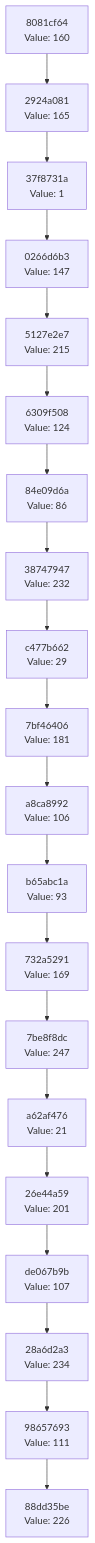
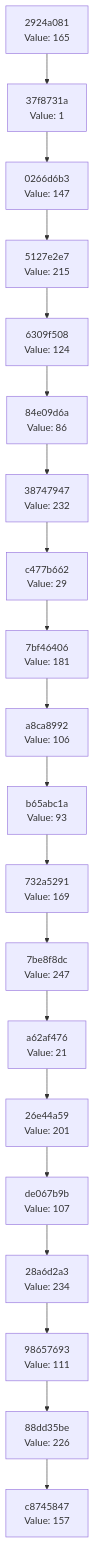
The diagram in docs/CHAIN_VISUALIZATION.md (Abhisheksinha1506/hash-chain-evolver), drawn with Mermaid before and after one commit. The commit also changed 2 other files, not shown here.

Commit message:
Evolution Step

````diff
--- a/docs/CHAIN_VISUALIZATION.md
+++ b/docs/CHAIN_VISUALIZATION.md
@@ -3,42 +3,42 @@
 ```mermaid
 graph TD
-    C0["88dd35be<br/>Value: 226"]
-    C1["98657693<br/>Value: 111"]
+    C0["c8745847<br/>Value: 157"]
+    C1["88dd35be<br/>Value: 226"]
     C1 --> C0
-    C2["28a6d2a3<br/>Value: 234"]
+    C2["98657693<br/>Value: 111"]
     C2 --> C1
-    C3["de067b9b<br/>Value: 107"]
+    C3["28a6d2a3<br/>Value: 234"]
     C3 --> C2
-    C4["26e44a59<br/>Value: 201"]
+    C4["de067b9b<br/>Value: 107"]
     C4 --> C3
-    C5["a62af476<br/>Value: 21"]
+    C5["26e44a59<br/>Value: 201"]
     C5 --> C4
-    C6["7be8f8dc<br/>Value: 247"]
+    C6["a62af476<br/>Value: 21"]
     C6 --> C5
-    C7["732a5291<br/>Value: 169"]
+    C7["7be8f8dc<br/>Value: 247"]
     C7 --> C6
-    C8["b65abc1a<br/>Value: 93"]
+    C8["732a5291<br/>Value: 169"]
     C8 --> C7
-    C9["a8ca8992<br/>Value: 106"]
+    C9["b65abc1a<br/>Value: 93"]
     C9 --> C8
-    C10["7bf46406<br/>Value: 181"]
+    C10["a8ca8992<br/>Value: 106"]
     C10 --> C9
-    C11["c477b662<br/>Value: 29"]
+    C11["7bf46406<br/>Value: 181"]
     C11 --> C10
-    C12["38747947<br/>Value: 232"]
+    C12["c477b662<br/>Value: 29"]
     C12 --> C11
-    C13["84e09d6a<br/>Value: 86"]
+    C13["38747947<br/>Value: 232"]
     C13 --> C12
-    C14["6309f508<br/>Value: 124"]
+    C14["84e09d6a<br/>Value: 86"]
     C14 --> C13
-    C15["5127e2e7<br/>Value: 215"]
+    C15["6309f508<br/>Value: 124"]
     C15 --> C14
-    C16["0266d6b3<br/>Value: 147"]
+    C16["5127e2e7<br/>Value: 215"]
     C16 --> C15
-    C17["37f8731a<br/>Value: 1"]
+    C17["0266d6b3<br/>Value: 147"]
     C17 --> C16
-    C18["2924a081<br/>Value: 165"]
+    C18["37f8731a<br/>Value: 1"]
     C18 --> C17
-    C19["8081cf64<br/>Value: 160"]
+    C19["2924a081<br/>Value: 165"]
     C19 --> C18
 ```
````
